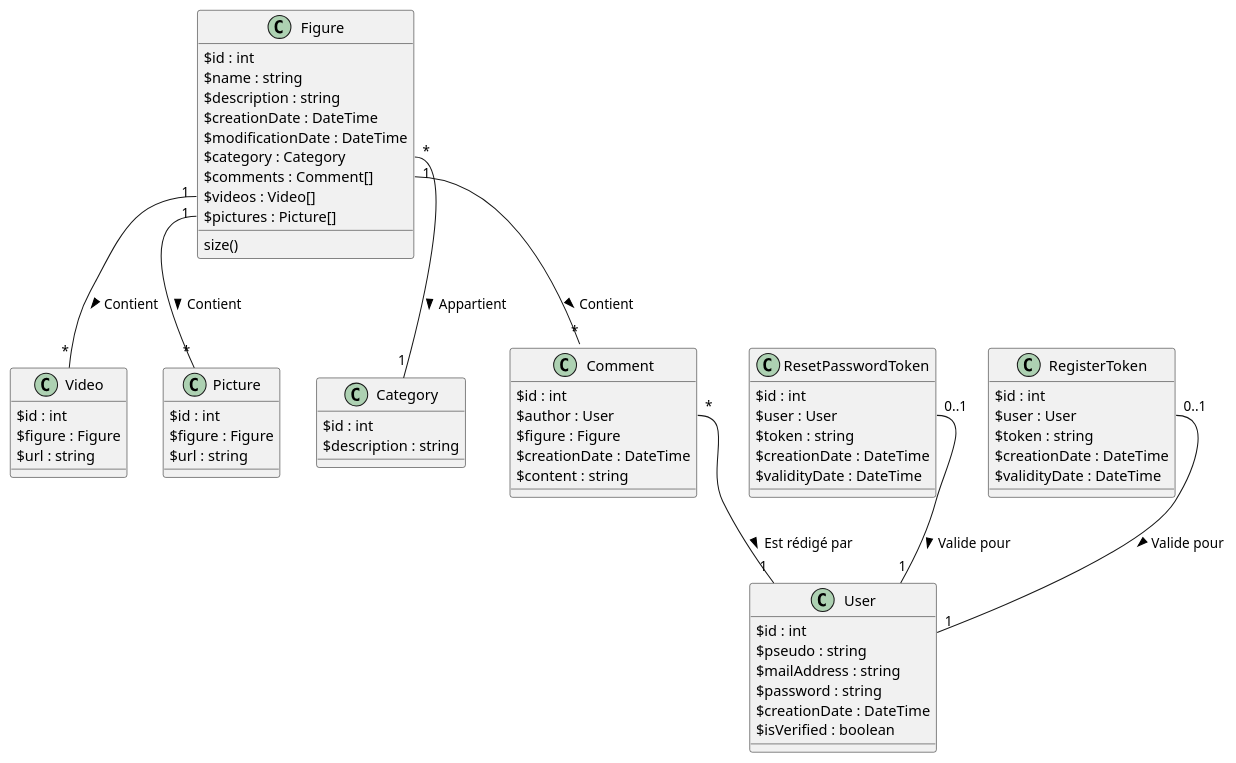
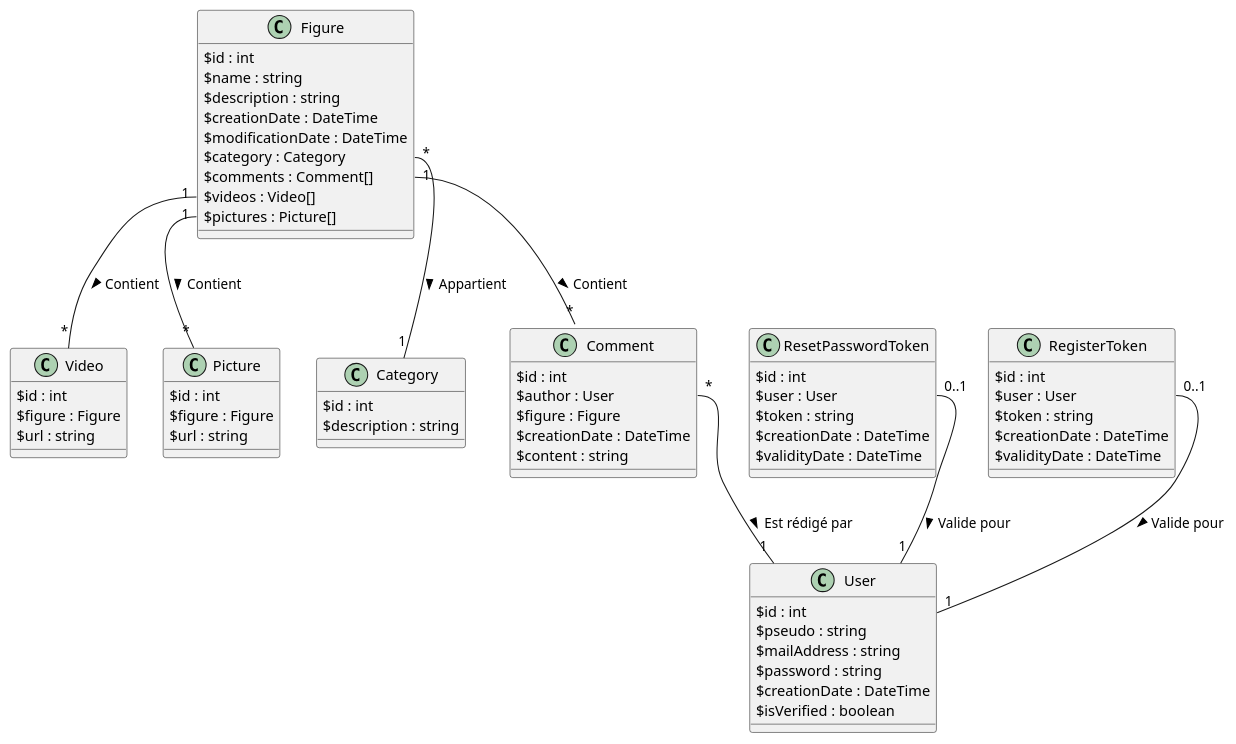
Before and after one commit to Xwyk/SnowTricks: the diagram in diagrams/model.puml, drawn with PlantUML.

Commit message:
Remove bad methods

```diff
--- a/diagrams/model.puml
+++ b/diagrams/model.puml
@@ -1,86 +1,85 @@
 @startuml
 'https://plantuml.com/class-diagram
 'left to right direction
 
 class Figure
 class Video
 class Picture
 class Category
 class Comment
 class User
 class ResetPasswordToken
 class RegisterToken
 Figure::$videos "1" -- "*" Video : Contient >
 Figure::$pictures "1" -- "*" Picture : Contient >
 Figure::$category "*" -- "1" Category : Appartient >
 Figure::$comments "1" -- "*" Comment : Contient >
 Comment::$author "*" -- "1" User : Est rédigé par >
 ResetPasswordToken::$user "0..1" -- "1" User : Valide pour >
 RegisterToken::$user "0..1" -- "1" User : Valide pour >
 
 
 class Figure {
     $id : int
     $name : string
     $description : string
     $creationDate : DateTime
     $modificationDate : DateTime
     $category : Category
     $comments : Comment[]
     $videos : Video[]
     $pictures : Picture[]
-    size()
 }
 
 class Category {
     $id : int
     $description : string
 }
 
 class Video {
     $id : int
     $figure : Figure
     $url : string
 }
 
 class Picture {
     $id : int
     $figure : Figure
     $url : string
 }
 
 class User {
     $id : int
     $pseudo : string
     $mailAddress : string
     $password : string
     $creationDate : DateTime
     $isVerified : boolean
 }
 
 
 class ResetPasswordToken {
     $id : int
     $user : User
     $token : string
     $creationDate : DateTime
     $validityDate : DateTime
 }
 
 class RegisterToken {
     $id : int
     $user : User
     $token : string
     $creationDate : DateTime
     $validityDate : DateTime
 }
 
 class Comment {
     $id : int
     $author : User
     $figure : Figure
     $creationDate : DateTime
     $content : string
 }
 
 @enduml
```
